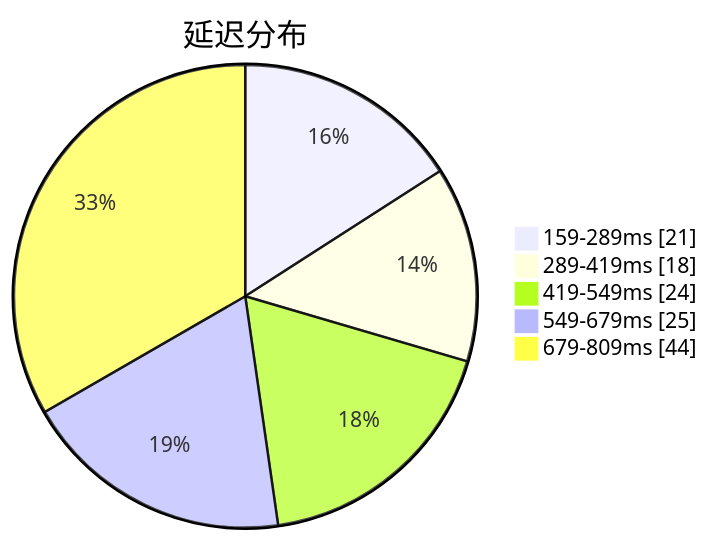
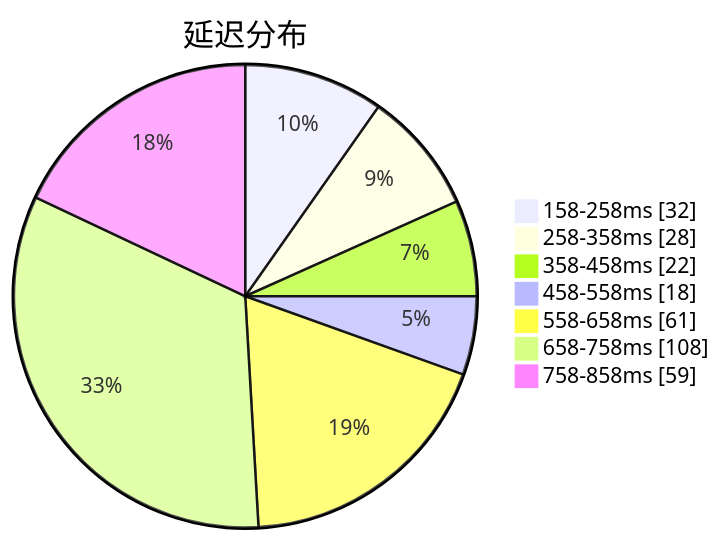
The first of 3 diagrams in subs/statistics/tested_within.md (qjlxg/airport), drawn with Mermaid before and after one commit. The commit also changed other lines of this file and 2 other files, not shown here.

Commit message:
Tested by metaST

````diff
--- a/subs/statistics/tested_within.md
+++ b/subs/statistics/tested_within.md
@@ -2,9 +2,11 @@
 ```mermaid
 pie showData
 title 延迟分布
-"159-289ms" : 21
-"289-419ms" : 18
-"419-549ms" : 24
-"549-679ms" : 25
-"679-809ms" : 44
+"158-258ms" : 32
+"258-358ms" : 28
+"358-458ms" : 22
+"458-558ms" : 18
+"558-658ms" : 61
+"658-758ms" : 108
+"758-858ms" : 59
 ```
````
